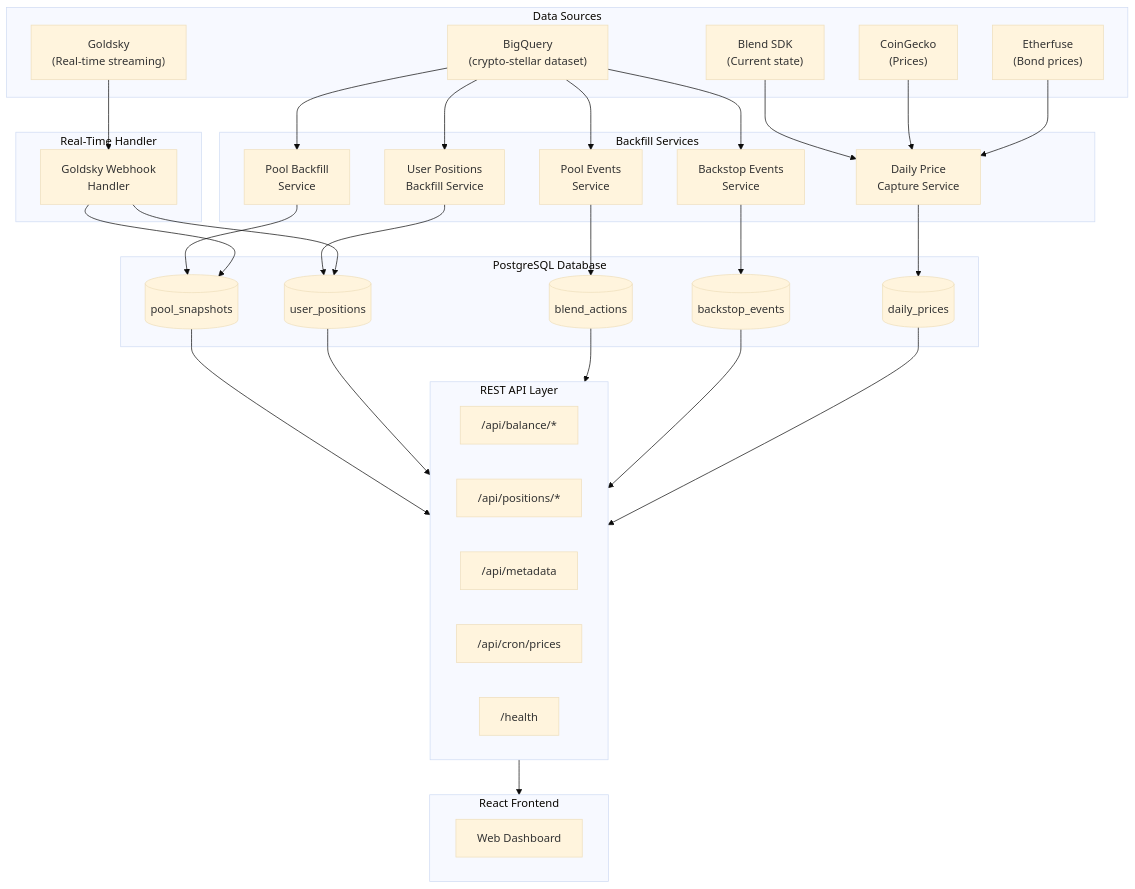
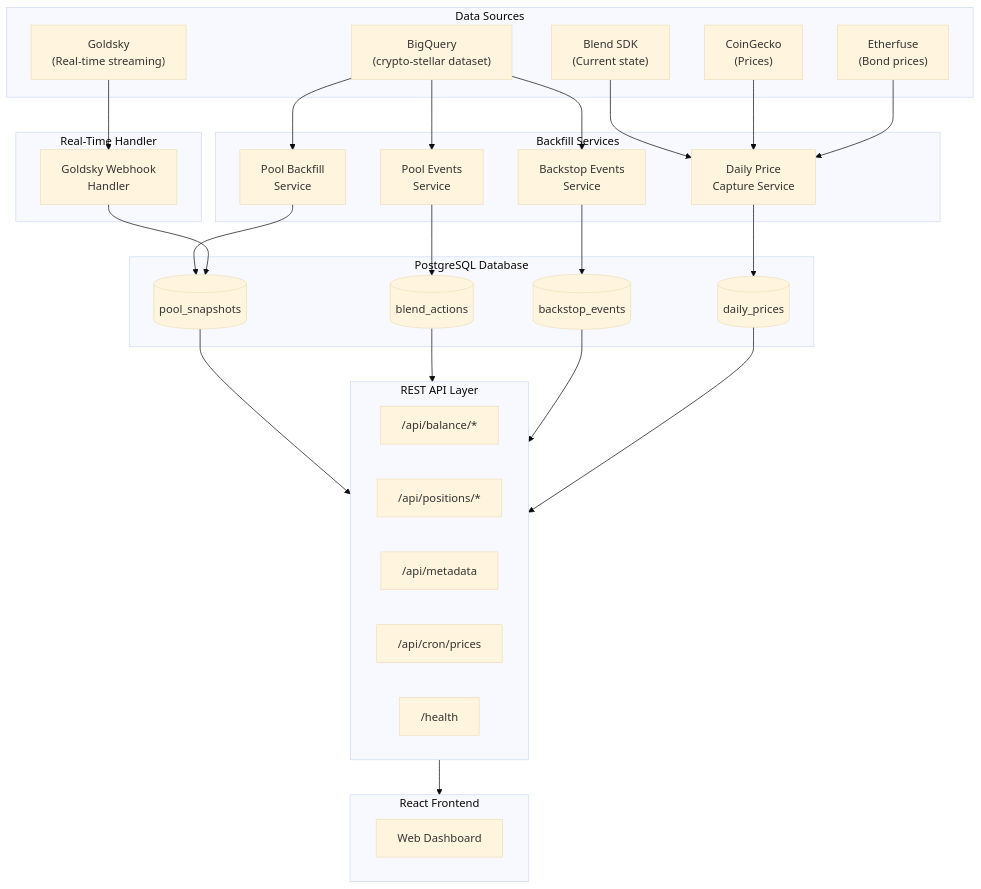
The first of 7 diagrams in README.md (brunomlr/blend-indexer), drawn with Mermaid (base theme) before and after one commit. The commit also changed other lines of this file, not shown here.

Commit message:
refactor: remove user positions references from documentation and diagrams

````diff
--- a/README.md
+++ b/README.md
@@ -48,67 +48,61 @@
 ```mermaid
 flowchart TB
     subgraph DataSources["Data Sources"]
         BQ["BigQuery<br/>(crypto-stellar dataset)"]
         GS["Goldsky<br/>(Real-time streaming)"]
         SDK["Blend SDK<br/>(Current state)"]
         CG["CoinGecko<br/>(Prices)"]
         EF["Etherfuse<br/>(Bond prices)"]
     end
 
     subgraph BackfillServices["Backfill Services"]
         PBS["Pool Backfill<br/>Service"]
-        UBS["User Positions<br/>Backfill Service"]
         ABS["Pool Events<br/>Service"]
         BBS["Backstop Events<br/>Service"]
         PCS["Daily Price<br/>Capture Service"]
     end
 
     subgraph WebhookHandler["Real-Time Handler"]
         GWH["Goldsky Webhook<br/>Handler"]
     end
 
     subgraph Database["PostgreSQL Database"]
         PS[("pool_snapshots")]
-        UP[("user_positions")]
         BA[("blend_actions")]
         BE[("backstop_events")]
         DP[("daily_prices")]
     end
 
     subgraph API["REST API Layer"]
         BAL["/api/balance/*"]
         POS["/api/positions/*"]
         META["/api/metadata"]
         PRICE["/api/cron/prices"]
         HEALTH["/health"]
     end
 
     subgraph Frontend["React Frontend"]
         UI["Web Dashboard"]
     end
 
     BQ --> PBS
-    BQ --> UBS
     BQ --> ABS
     BQ --> BBS
     GS --> GWH
     SDK --> PCS
     CG --> PCS
     EF --> PCS
 
     PBS --> PS
-    UBS --> UP
     ABS --> BA
     BBS --> BE
     PCS --> DP
-    GWH --> UP
     GWH --> PS
 
     PS --> API
-    UP --> API
     BA --> API
     BE --> API
     DP --> API
 
     API --> Frontend
 ```
````
